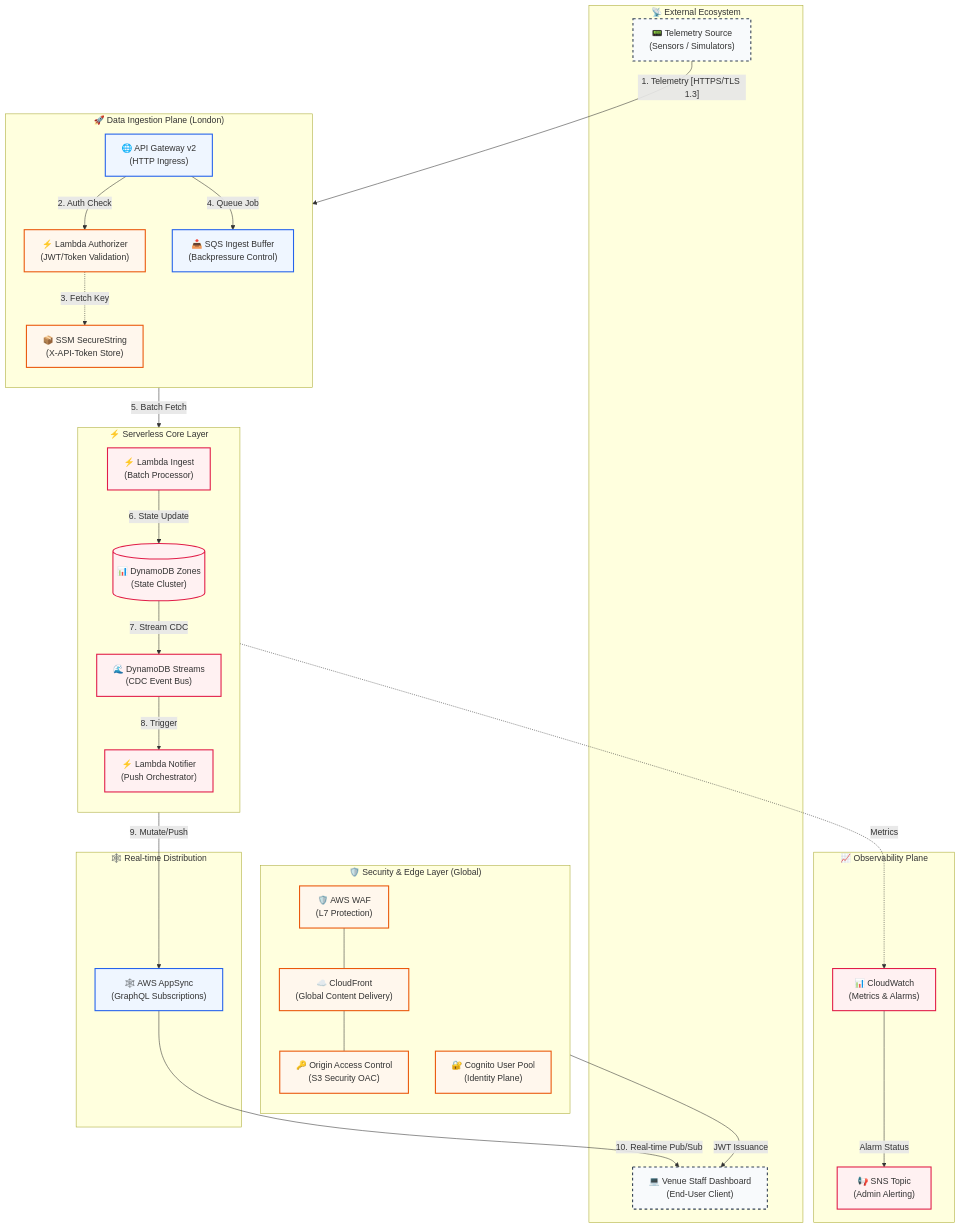
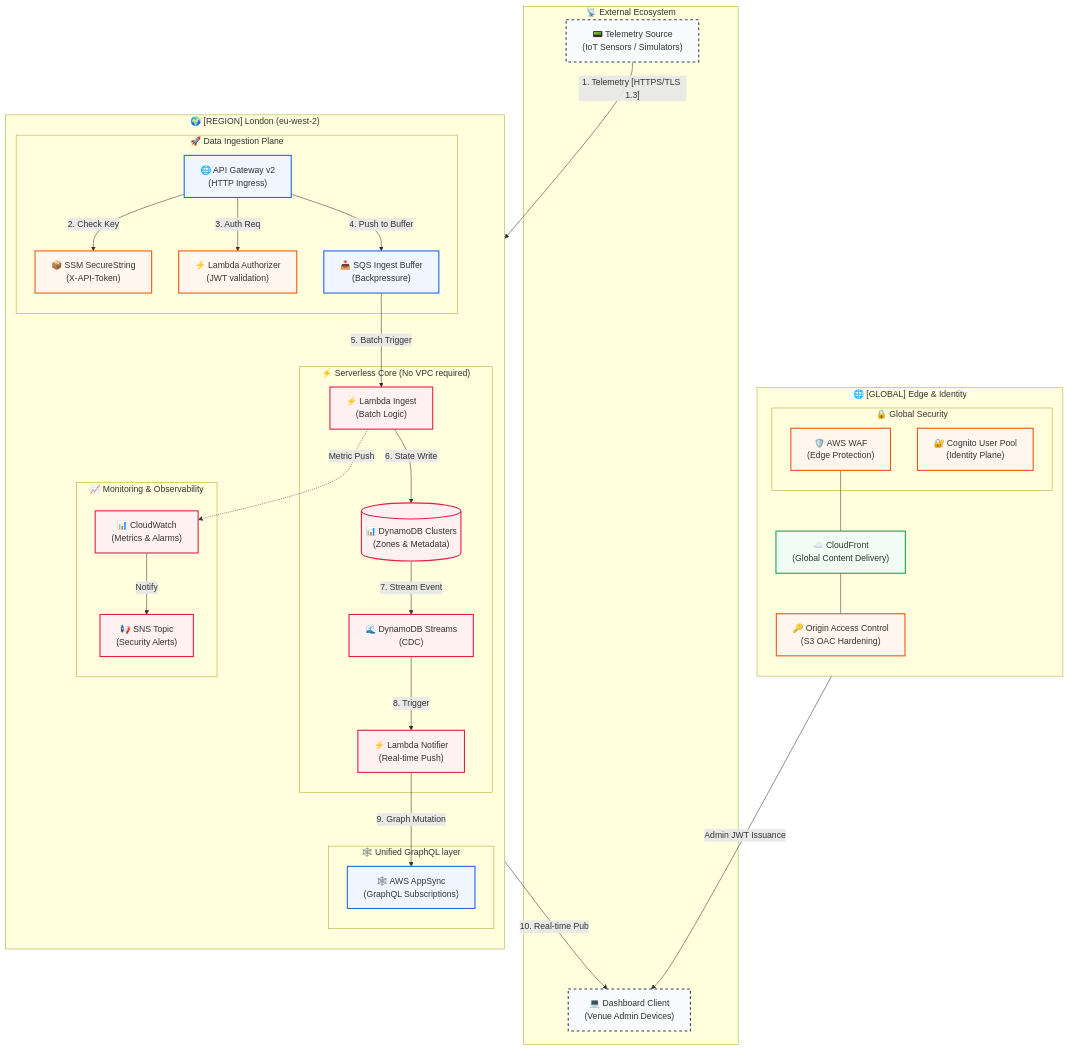
One commit to sakaroncloud/Crowd-Management changed the diagram in README.md. Above: the diagram before and after it, drawn with Mermaid. The commit also changed 1 other file, not shown here.

Commit message:
docs: refine architecture diagram with global and regional boundaries
- Grouped services into explicit GLOBAL and REGION (eu-west-2) rectangle boxes.
- Added architectural security labels (TLS 1.3, JWT, OAC).
- Generated architecture_v2.png with a professional split-boundary layout.
- Emphasized pure serverless nature by omitting VPC boxes as per project architecture.

````diff
--- a/README.md
+++ b/README.md
@@ -18,76 +18,80 @@
 ```mermaid
 flowchart TB
     %% External Entities
     subgraph "📡 External Ecosystem"
-        TS["📟 Telemetry Source<br/>(Sensors / Simulators)"]
-        ADMIN["💻 Venue Staff Dashboard<br/>(End-User Client)"]
+        TS["📟 Telemetry Source<br/>(IoT Sensors / Simulators)"]
+        ADMIN["💻 Dashboard Client<br/>(Venue Admin Devices)"]
     end
 
-    %% Security & Edge Layer
-    subgraph "🛡️ Security & Edge Layer (Global)"
+    %% Global Services
+    subgraph "🌐 [GLOBAL] Edge & Identity"
         direction TB
-        WAF["🛡️ AWS WAF<br/>(L7 Protection)"]
+        subgraph "🔒 Global Security"
+            WAF["🛡️ AWS WAF<br/>(Edge Protection)"]
+            COG["🔐 Cognito User Pool<br/>(Identity Plane)"]
+        end
         CF["☁️ CloudFront<br/>(Global Content Delivery)"]
-        OAC["🔑 Origin Access Control<br/>(S3 Security OAC)"]
-        COG["🔐 Cognito User Pool<br/>(Identity Plane)"]
+        OAC["🔑 Origin Access Control<br/>(S3 OAC Hardening)"]
     end
 
-    %% Ingestion Ingress
-    subgraph "🚀 Data Ingestion Plane (London)"
+    %% Regional Services
+    subgraph "🌍 [REGION] London (eu-west-2)"
         direction TB
-        APIG["🌐 API Gateway v2<br/>(HTTP Ingress)"]
-        AUTH["⚡ Lambda Authorizer<br/>(JWT/Token Validation)"]
-        SSM["📦 SSM SecureString<br/>(X-API-Token Store)"]
-        SQS["📥 SQS Ingest Buffer<br/>(Backpressure Control)"]
+        
+        %% NO VPC demarcated by lack of VPC box, but logically grouped
+        subgraph "🚀 Data Ingestion Plane"
+            APIG["🌐 API Gateway v2<br/>(HTTP Ingress)"]
+            AUTH["⚡ Lambda Authorizer<br/>(JWT validation)"]
+            SSM["📦 SSM SecureString<br/>(X-API-Token)"]
+            SQS["📥 SQS Ingest Buffer<br/>(Backpressure)"]
+        end
+
+        subgraph "⚡ Serverless Core (No VPC required)"
+            L-INGEST["⚡ Lambda Ingest<br/>(Batch Logic)"]
+            DDB[("📊 DynamoDB Clusters<br/>(Zones & Metadata)")]
+            STREAM["🌊 DynamoDB Streams<br/>(CDC)"]
+            L-NOTIFY["⚡ Lambda Notifier<br/>(Real-time Push)"]
+        end
+
+        subgraph "🕸️ Unified GraphQL layer"
+            AS["🕸️ AWS AppSync<br/>(GraphQL Subscriptions)"]
+        end
+        
+        subgraph "📈 Monitoring & Observability"
+            CW["📊 CloudWatch<br/>(Metrics & Alarms)"]
+            SNS["📢 SNS Topic<br/>(Security Alerts)"]
+        end
     end
 
-    %% Storage & Logic
-    subgraph "⚡ Serverless Core Layer"
-        direction TB
-        L-INGEST["⚡ Lambda Ingest<br/>(Batch Processor)"]
-        DDB[("📊 DynamoDB Zones<br/>(State Cluster)")]
-        STREAM["🌊 DynamoDB Streams<br/>(CDC Event Bus)"]
-        L-NOTIFY["⚡ Lambda Notifier<br/>(Push Orchestrator)"]
-    end
+    %% Data Flow (Zero to End)
+    TS -- "1. Telemetry [HTTPS/TLS 1.3]" --> APIG
+    APIG -- "2. Check Key" --> SSM
+    APIG -- "3. Auth Req" --> AUTH
+    APIG -- "4. Push to Buffer" --> SQS
+    SQS -- "5. Batch Trigger" --> L-INGEST
+    L-INGEST -- "6. State Write" --> DDB
+    DDB -- "7. Stream Event" --> STREAM
+    STREAM -- "8. Trigger" --> L-NOTIFY
+    L-NOTIFY -- "9. Graph Mutation" --> AS
+    AS -- "10. Real-time Pub" --> ADMIN
 
-    %% Unified GraphQL
-    subgraph "🕸️ Real-time Distribution"
-        AS["🕸️ AWS AppSync<br/>(GraphQL Subscriptions)"]
-    end
-
-    %% Monitoring
-    subgraph "📈 Observability Plane"
-        CW["📊 CloudWatch<br/>(Metrics & Alarms)"]
-        SNS["📢 SNS Topic<br/>(Admin Alerting)"]
-    end
-
-    %% Telemetry Path (Zero to End)
-    TS -- "1. Telemetry [HTTPS/TLS 1.3]" --> APIG
-    APIG -- "2. Auth Check" --> AUTH
-    AUTH -. "3. Fetch Key" .-> SSM
-    APIG -- "4. Queue Job" --> SQS
-    SQS -- "5. Batch Fetch" --> L-INGEST
-    L-INGEST -- "6. State Update" --> DDB
-    DDB -- "7. Stream CDC" --> STREAM
-    STREAM -- "8. Trigger" --> L-NOTIFY
-    L-NOTIFY -- "9. Mutate/Push" --> AS
-    AS -- "10. Real-time Pub/Sub" --> ADMIN
-
-    %% Security & Admin Connections
+    %% Security & Management Links
     WAF --- CF
     CF --- OAC
-    COG -- "JWT Issuance" --> ADMIN
-    L-INGEST -. "Metrics" .-> CW
-    CW -- "Alarm Status" --> SNS
+    COG -- "Admin JWT Issuance" --> ADMIN
+    L-INGEST -. "Metric Push" .-> CW
+    CW -- "Notify" --> SNS
 
-    %% Styling
+    %% Visual Styling
     classDef edge fill:#f8fafc,stroke:#334155,stroke-width:2px,stroke-dasharray: 5 5;
     classDef regional fill:#eff6ff,stroke:#2563eb,stroke-width:2px;
+    classDef global fill:#f0fdf4,stroke:#16a34a,stroke-width:2px;
     classDef compute fill:#fff1f2,stroke:#e11d48,stroke-width:2px;
     classDef security fill:#fff7ed,stroke:#ea580c,stroke-width:2px;
     
     class TS,ADMIN edge;
-    class WAF,CF,OAC,COG,AUTH,SSM security;
+    class WAF,COG,AUTH,SSM,OAC security;
     class APIG,SQS,AS regional;
+    class CF global;
     class L-INGEST,L-NOTIFY,DDB,STREAM,CW,SNS compute;
 ```
````
